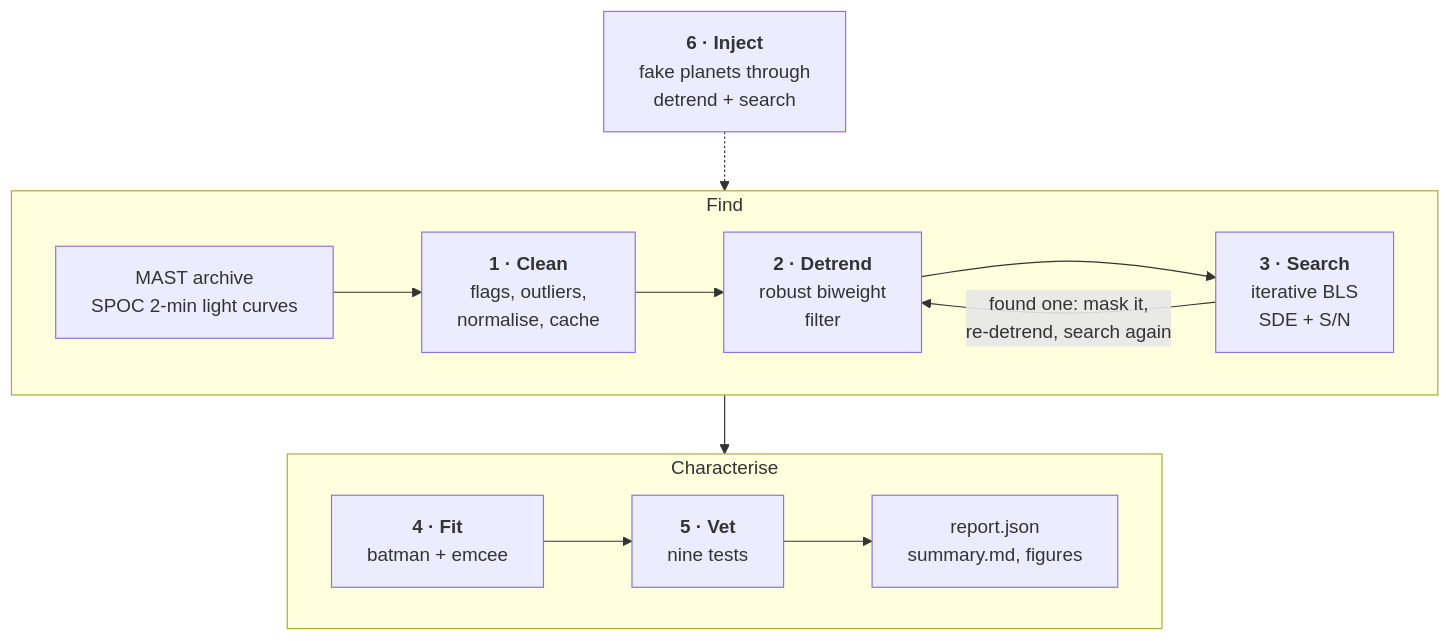
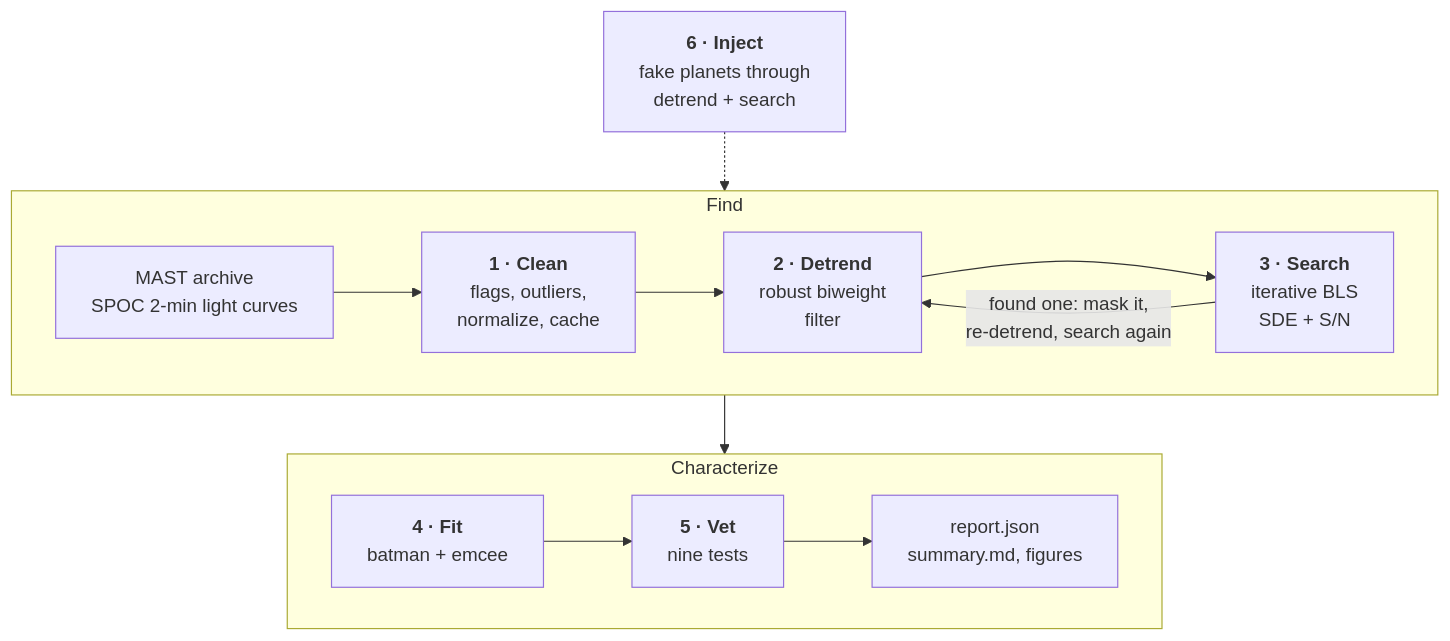
Before and after one commit to Comdex4/tess-transit-hunter: the diagram in docs/pipeline/index.md, drawn with Mermaid. The commit also changed 115 other files, not shown here.

````diff
--- a/docs/pipeline/index.md
+++ b/docs/pipeline/index.md
@@ -8,14 +8,14 @@
 ```mermaid
 flowchart TB
     subgraph S1["Find"]
         direction LR
-        A["MAST archive<br/>SPOC 2-min light curves"] --> B["<b>1 · Clean</b><br/>flags, outliers,<br/>normalise, cache"] --> C["<b>2 · Detrend</b><br/>robust biweight<br/>filter"] --> D["<b>3 · Search</b><br/>iterative BLS<br/>SDE + S/N"]
+        A["MAST archive<br/>SPOC 2-min light curves"] --> B["<b>1 · Clean</b><br/>flags, outliers,<br/>normalize, cache"] --> C["<b>2 · Detrend</b><br/>robust biweight<br/>filter"] --> D["<b>3 · Search</b><br/>iterative BLS<br/>SDE + S/N"]
         D -->|"found one: mask it,<br/>re-detrend, search again"| C
     end
-    subgraph S2["Characterise"]
+    subgraph S2["Characterize"]
         direction LR
         E["<b>4 · Fit</b><br/>batman + emcee"] --> F["<b>5 · Vet</b><br/>nine tests"] --> G["report.json<br/>summary.md, figures"]
     end
     S1 --> S2
     H["<b>6 · Inject</b><br/>fake planets through<br/>detrend + search"] -.-> S1
 ```
````
